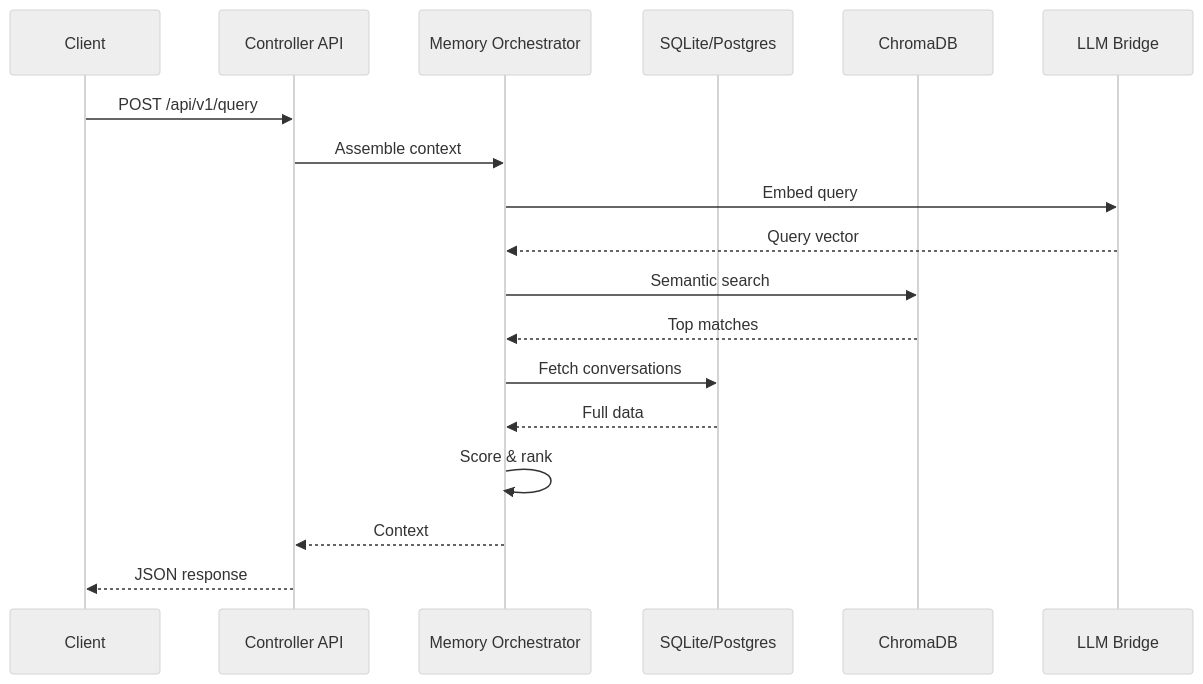
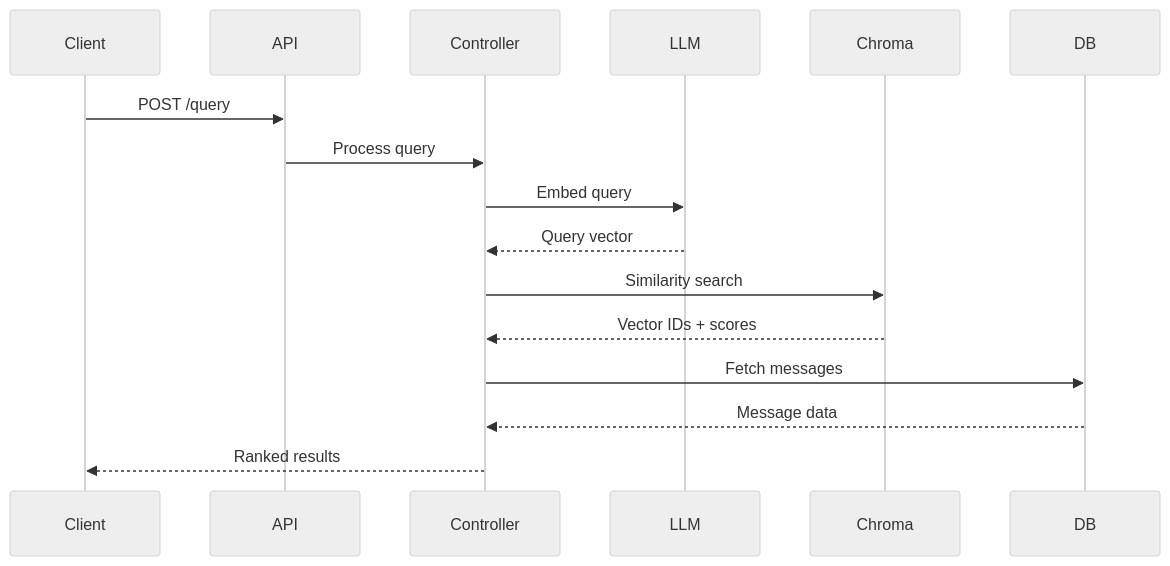
One commit to sekha-ai/sekha-website changed the third of 4 diagrams in docs/architecture/overview.md. Above: the diagram before and after it, drawn with Mermaid (neutral theme). The commit also changed other lines of this file, not shown here.

Commit message:
Fix broken links in architecture, getting-started, deployment, integration, and troubleshooting pages

````diff
--- a/docs/architecture/overview.md
+++ b/docs/architecture/overview.md
@@ -132,21 +152,19 @@
 ```mermaid
 sequenceDiagram
-    participant C as Client
-    participant API as Controller API
-    participant Orch as Memory Orchestrator
-    participant DB as SQLite/Postgres
-    participant Vec as ChromaDB
-    participant LLM as LLM Bridge
+    participant Client
+    participant API
+    participant Controller
+    participant LLM
+    participant Chroma
+    participant DB
     
-    C->>API: POST /api/v1/query
-    API->>Orch: Assemble context
-    Orch->>LLM: Embed query
-    LLM-->>Orch: Query vector
-    Orch->>Vec: Semantic search
-    Vec-->>Orch: Top matches
-    Orch->>DB: Fetch conversations
-    DB-->>Orch: Full data
-    Orch->>Orch: Score & rank
-    Orch-->>API: Context
-    API-->>C: JSON response
+    Client->>API: POST /query
+    API->>Controller: Process query
+    Controller->>LLM: Embed query
+    LLM-->>Controller: Query vector
+    Controller->>Chroma: Similarity search
+    Chroma-->>Controller: Vector IDs + scores
+    Controller->>DB: Fetch messages
+    DB-->>Controller: Message data
+    Controller-->>Client: Ranked results
 ```
````
